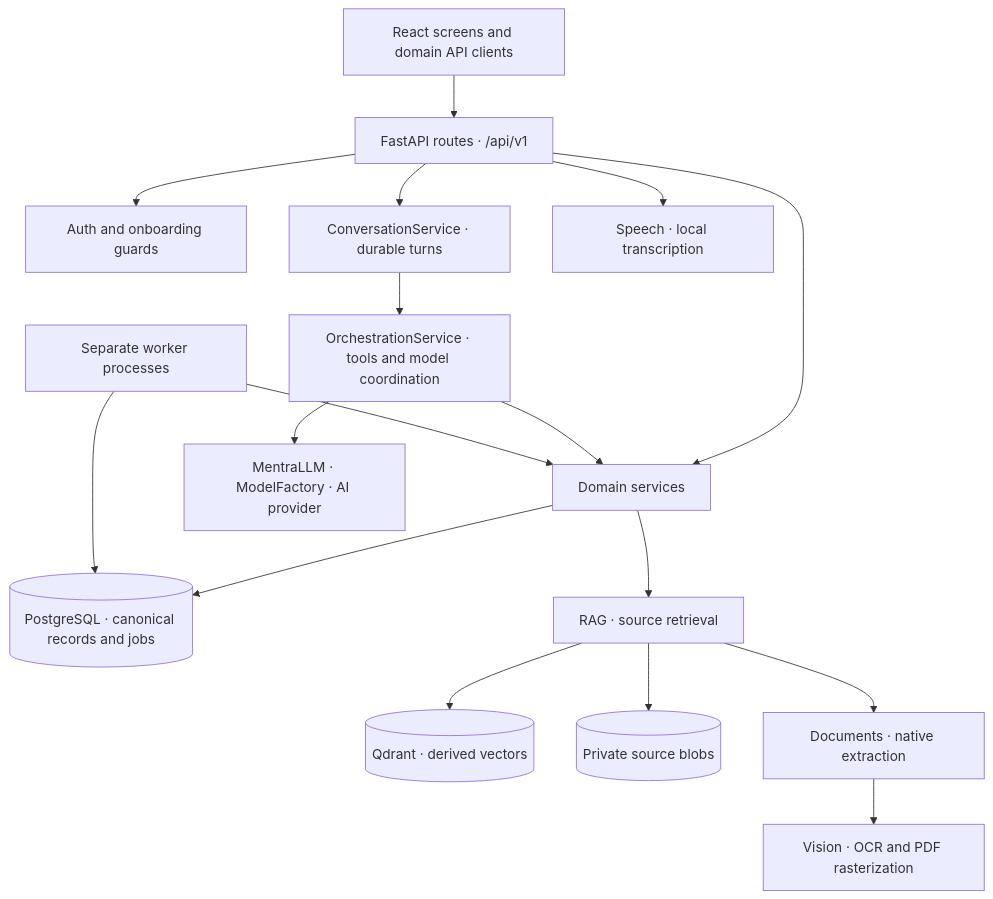
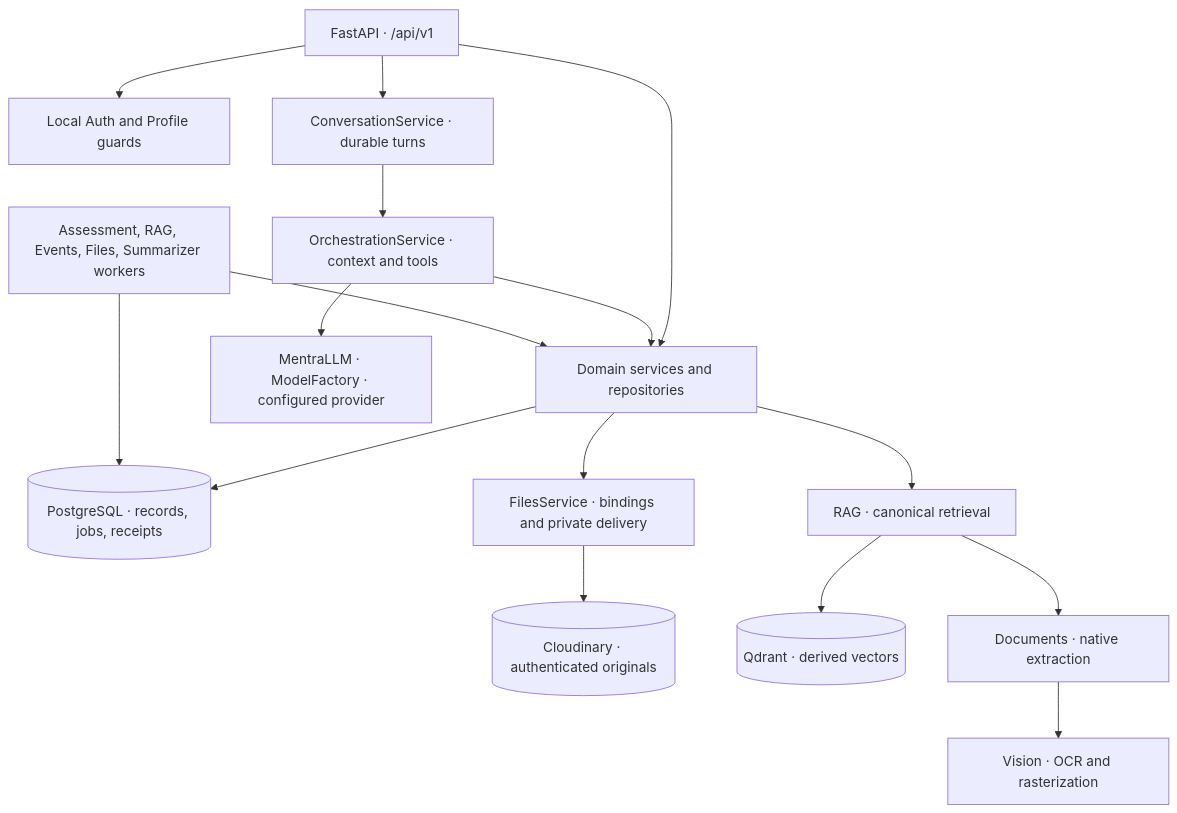
The diagram in docs/Mentra_Backend_Map.md (clouds440/mentra), drawn with Mermaid before and after one commit. The commit also changed other lines of this file and 1 other file, not shown here.

````diff
--- a/docs/Mentra_Backend_Map.md
+++ b/docs/Mentra_Backend_Map.md
@@ -26,19 +31,18 @@
 ```mermaid
 flowchart TD
-    UI[React screens and domain API clients] --> HTTP[FastAPI routes · /api/v1]
-    HTTP --> AUTH[Auth and onboarding guards]
+    HTTP[FastAPI · /api/v1] --> AUTH[Local Auth and Profile guards]
     HTTP --> CHAT[ConversationService · durable turns]
-    HTTP --> DOM[Domain services]
-    CHAT --> ORCH[OrchestrationService · tools and model coordination]
-    ORCH --> DOM
-    ORCH --> MODEL[MentraLLM · ModelFactory · AI provider]
-    DOM --> PG[(PostgreSQL · canonical records and jobs)]
-    DOM --> RAG[RAG · source retrieval]
+    HTTP --> DOMAIN[Domain services and repositories]
+    CHAT --> ORCH[OrchestrationService · context and tools]
+    ORCH --> DOMAIN
+    ORCH --> MODEL[MentraLLM · ModelFactory · configured provider]
+    DOMAIN --> PG[(PostgreSQL · records, jobs, receipts)]
+    DOMAIN --> FILES[FilesService · bindings and private delivery]
+    FILES --> CLOUD[(Cloudinary · authenticated originals)]
+    DOMAIN --> RAG[RAG · canonical retrieval]
     RAG --> QD[(Qdrant · derived vectors)]
-    RAG --> FILES[(Private source blobs)]
     RAG --> DOC[Documents · native extraction]
-    DOC --> VIS[Vision · OCR and PDF rasterization]
-    HTTP --> SPEECH[Speech · local transcription]
-    WORK[Separate worker processes] --> PG
-    WORK --> DOM
+    DOC --> VIS[Vision · OCR and rasterization]
+    WORK[Assessment, RAG, Events, Files, Summarizer workers] --> PG
+    WORK --> DOMAIN
 ```
````
